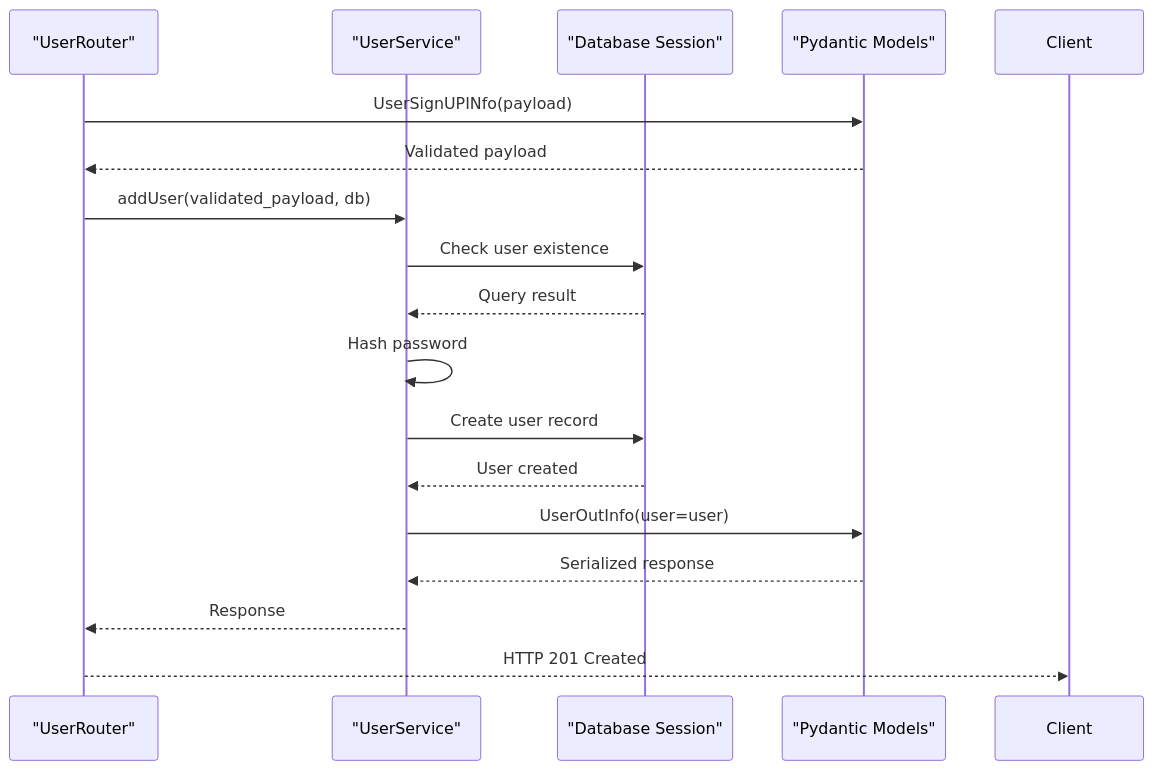
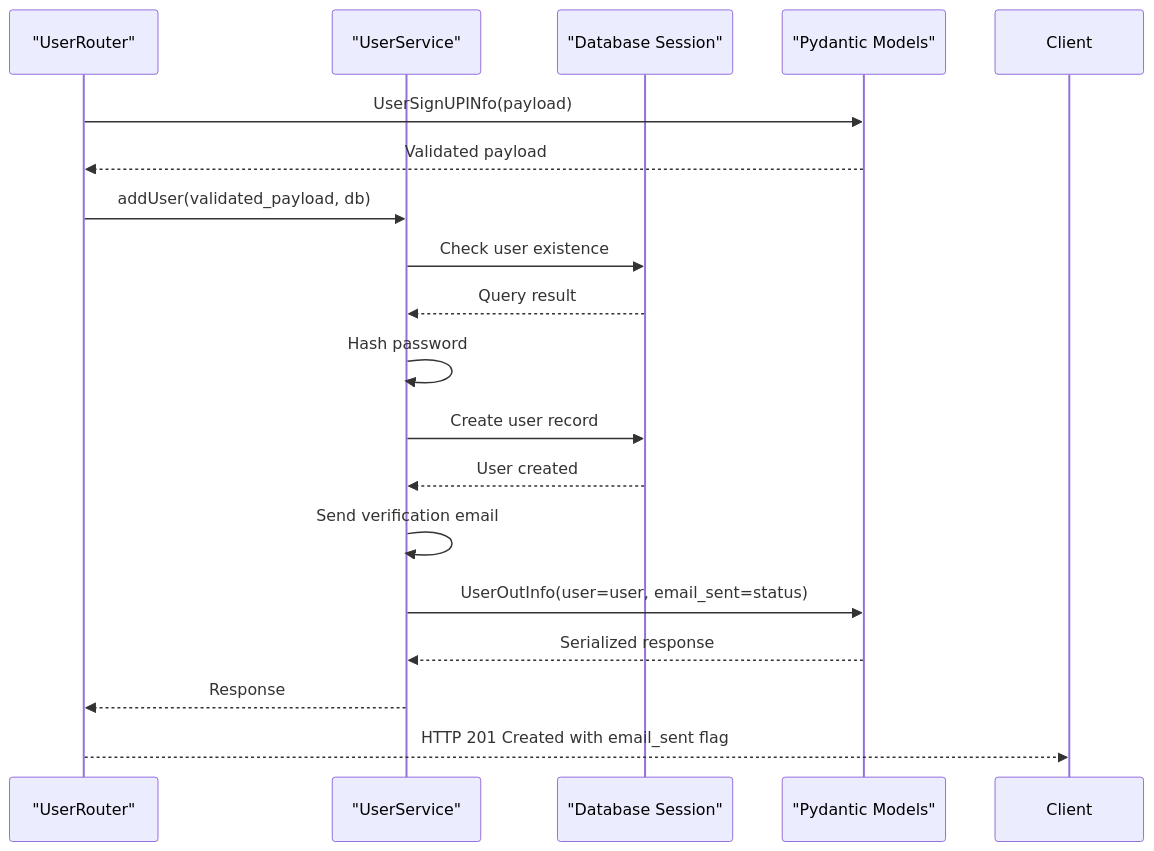
The sixth of 8 diagrams in .qoder/repowiki/en/content/Core Concepts/Data Models and Pydantic Integration.md (srikant-panda/auth-service), drawn with Mermaid before and after one commit. The commit also changed other lines of this file and 11 other files, not shown here.

````diff
--- a/.qoder/repowiki/en/content/Core Concepts/Data Models and Pydantic Integration.md
+++ b/.qoder/repowiki/en/content/Core Concepts/Data Models and Pydantic Integration.md
@@ -275,19 +295,20 @@
 ```mermaid
 sequenceDiagram
 participant Router as "UserRouter"
 participant Service as "UserService"
 participant Session as "Database Session"
 participant Validator as "Pydantic Models"
 Router->>Validator : UserSignUPINfo(payload)
 Validator-->>Router : Validated payload
 Router->>Service : addUser(validated_payload, db)
 Service->>Session : Check user existence
 Session-->>Service : Query result
 Service->>Service : Hash password
 Service->>Session : Create user record
 Session-->>Service : User created
-Service->>Validator : UserOutInfo(user=user)
+Service->>Service : Send verification email
+Service->>Validator : UserOutInfo(user=user, email_sent=status)
 Validator-->>Service : Serialized response
 Service-->>Router : Response
-Router-->>Client : HTTP 201 Created
+Router-->>Client : HTTP 201 Created with email_sent flag
 ```
````
